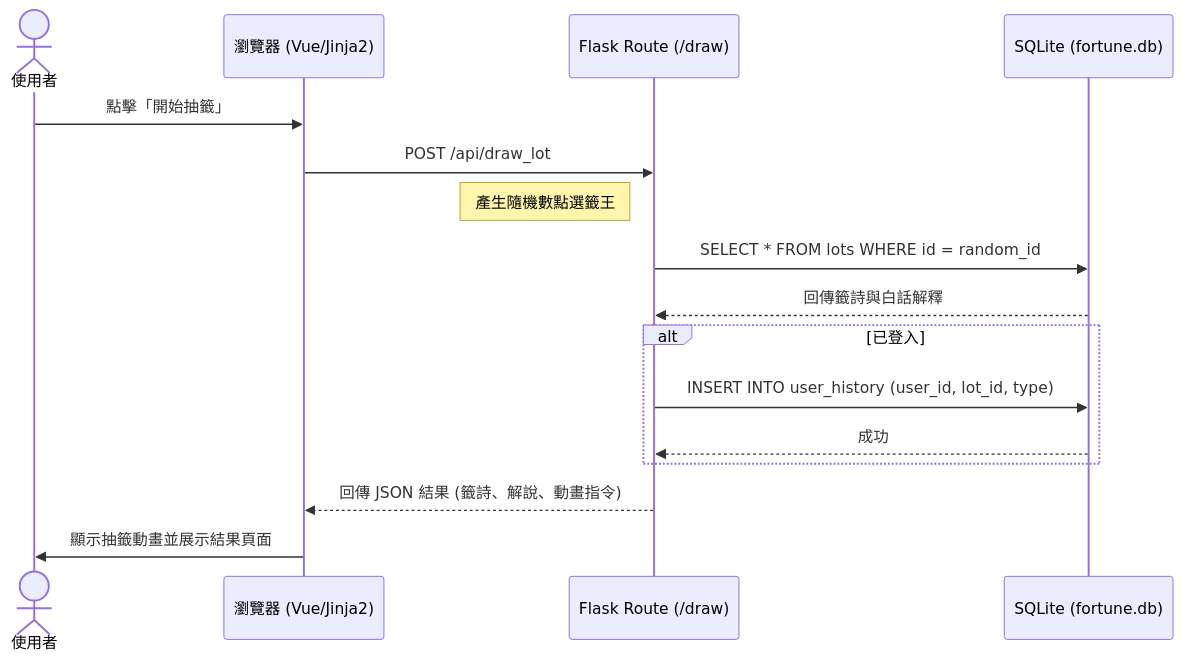
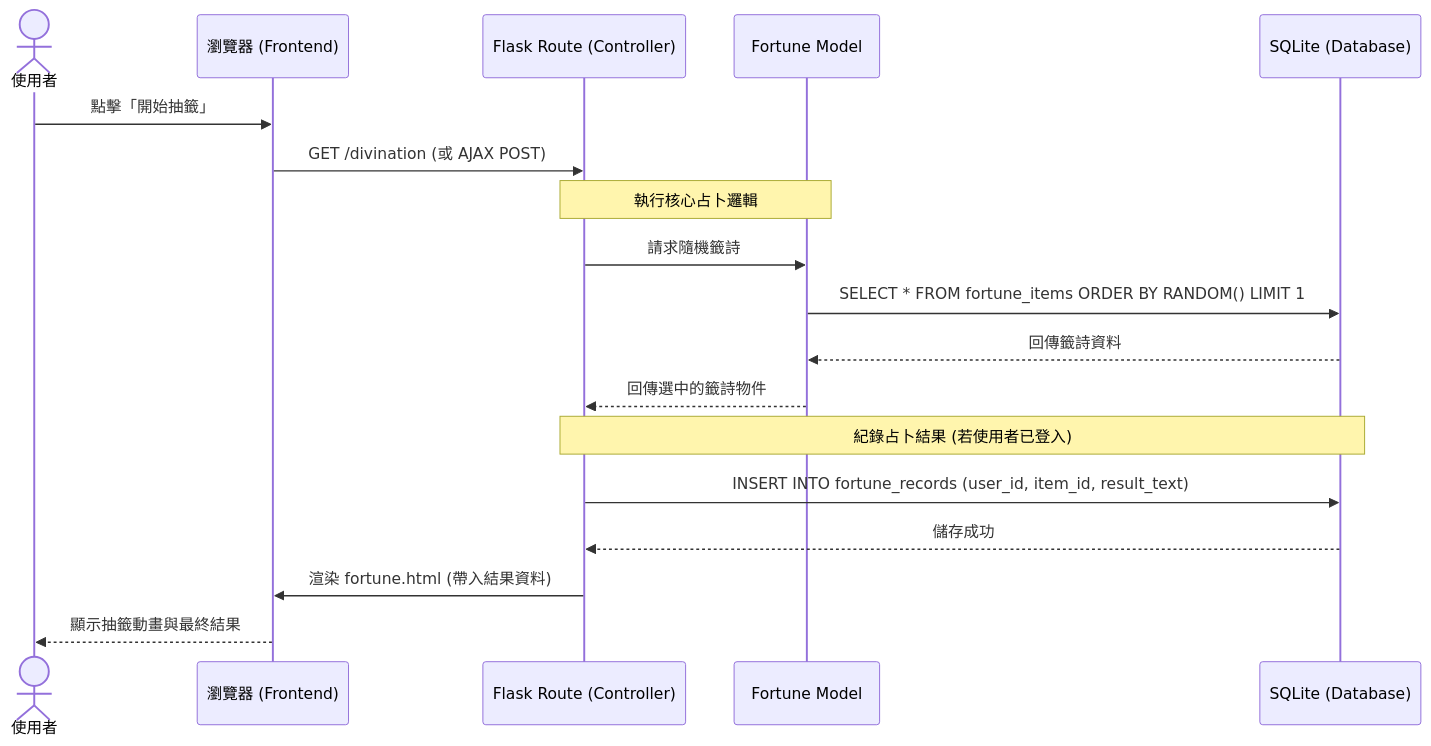
One commit to D1419853/web_app_development changed the second of 2 diagrams in web_app_development/docs/FLOWCHART.md. Above: the diagram before and after it, drawn with Mermaid. The commit also changed other lines of this file, not shown here.

Commit message:
docs: add user flowchart

````diff
--- a/web_app_development/docs/FLOWCHART.md
+++ b/web_app_development/docs/FLOWCHART.md
@@ -51,21 +45,24 @@
 ```mermaid
 sequenceDiagram
-    actor User as 使用者
-    participant Browser as 瀏覽器 (Vue/Jinja2)
-    participant Flask as Flask Route (/draw)
-    participant DB as SQLite (fortune.db)
-
-    User->>Browser: 點擊「開始抽籤」
-    Browser->>Flask: POST /api/draw_lot
-    Note left of Flask: 產生隨機數點選籤王
-    Flask->>DB: SELECT * FROM lots WHERE id = random_id
-    DB-->>Flask: 回傳籤詩與白話解釋
-    
-    alt 已登入
-        Flask->>DB: INSERT INTO user_history (user_id, lot_id, type)
-        DB-->>Flask: 成功
-    end
-    
-    Flask-->>Browser: 回傳 JSON 結果 (籤詩、解說、動畫指令)
-    Browser->>User: 顯示抽籤動畫並展示結果頁面
+  actor User as 使用者
+  participant Browser as 瀏覽器 (Frontend)
+  participant Flask as Flask Route (Controller)
+  participant Model as Fortune Model
+  participant DB as SQLite (Database)
+  
+  User->>Browser: 點擊「開始抽籤」
+  Browser->>Flask: GET /divination (或 AJAX POST)
+  
+  Note over Flask, Model: 執行核心占卜邏輯
+  Flask->>Model: 請求隨機籤詩
+  Model->>DB: SELECT * FROM fortune_items ORDER BY RANDOM() LIMIT 1
+  DB-->>Model: 回傳籤詩資料
+  Model-->>Flask: 回傳選中的籤詩物件
+  
+  Note over Flask, DB: 紀錄占卜結果 (若使用者已登入)
+  Flask->>DB: INSERT INTO fortune_records (user_id, item_id, result_text)
+  DB-->>Flask: 儲存成功
+  
+  Flask->>Browser: 渲染 fortune.html (帶入結果資料)
+  Browser-->>User: 顯示抽籤動畫與最終結果
 ```
````
